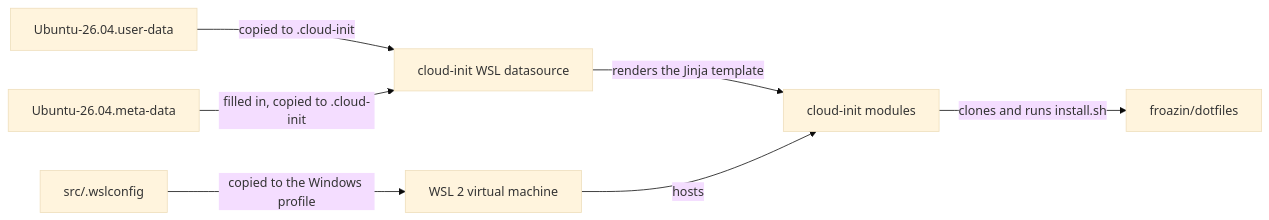
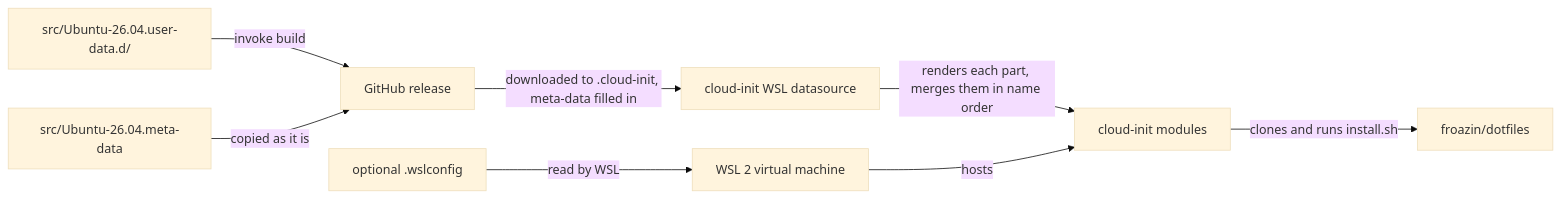
Before and after one commit to froazin/wsl: the diagram in README.md, drawn with Mermaid (base theme). The commit also changed other lines of this file and 11 other files, not shown here.

First line of the commit message:
docs: Describe the build, the releases and the .wslconfig example

````diff
--- a/README.md
+++ b/README.md
@@ -100,11 +135,12 @@
 ```mermaid
 flowchart LR
     accTitle: How the files reach the instance
-    accDescr: You copy the three files into your Windows profile. WSL reads .wslconfig. cloud-init reads the user-data and meta-data, renders the Jinja template with the meta-data and runs the cloud-config, which installs the dotfiles for the user and for root.
-    wslconfig["src/.wslconfig"] -->|"copied to the Windows profile"| vm["WSL 2 virtual machine"]
-    userdata["Ubuntu-26.04.user-data"] -->|"copied to .cloud-init"| ds["cloud-init WSL datasource"]
-    metadata["Ubuntu-26.04.meta-data"] -->|"filled in, copied to .cloud-init"| ds
-    ds -->|"renders the Jinja template"| modules["cloud-init modules"]
+    accDescr: invoke build joins the parts in src into one MIME user-data, and the release workflow publishes it with the meta-data template. You download both into your Windows profile and fill in the meta-data. cloud-init's WSL datasource reads them, renders each part's Jinja with the meta-data, merges the parts in name order and runs the cloud-config, which installs the dotfiles for the user and for root. WSL reads the optional .wslconfig.
+    parts["src/Ubuntu-26.04.user-data.d/"] -->|"invoke build"| release["GitHub release"]
+    meta["src/Ubuntu-26.04.meta-data"] -->|"copied as it is"| release
+    release -->|"downloaded to .cloud-init, meta-data filled in"| ds["cloud-init WSL datasource"]
+    ds -->|"renders each part, merges them in name order"| modules["cloud-init modules"]
+    wslconfig["optional .wslconfig"] -->|"read by WSL"| vm["WSL 2 virtual machine"]
     vm -->|hosts| modules
     modules -->|"clones and runs install.sh"| dotfiles["froazin/dotfiles"]
 ```
````
